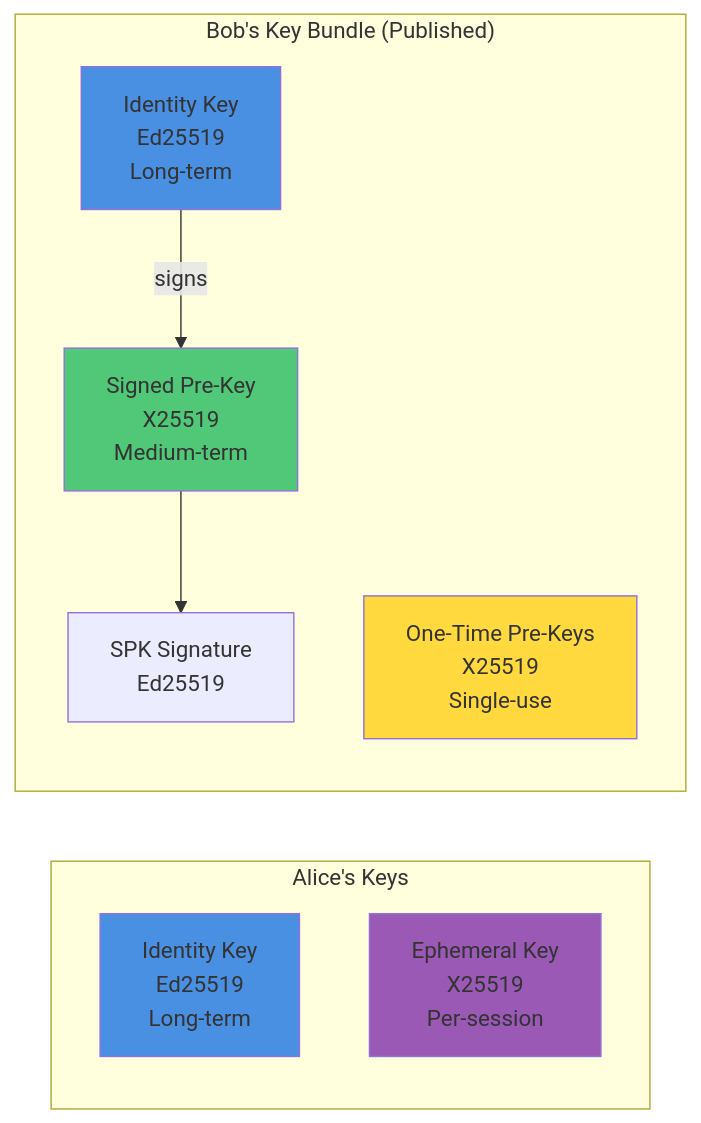
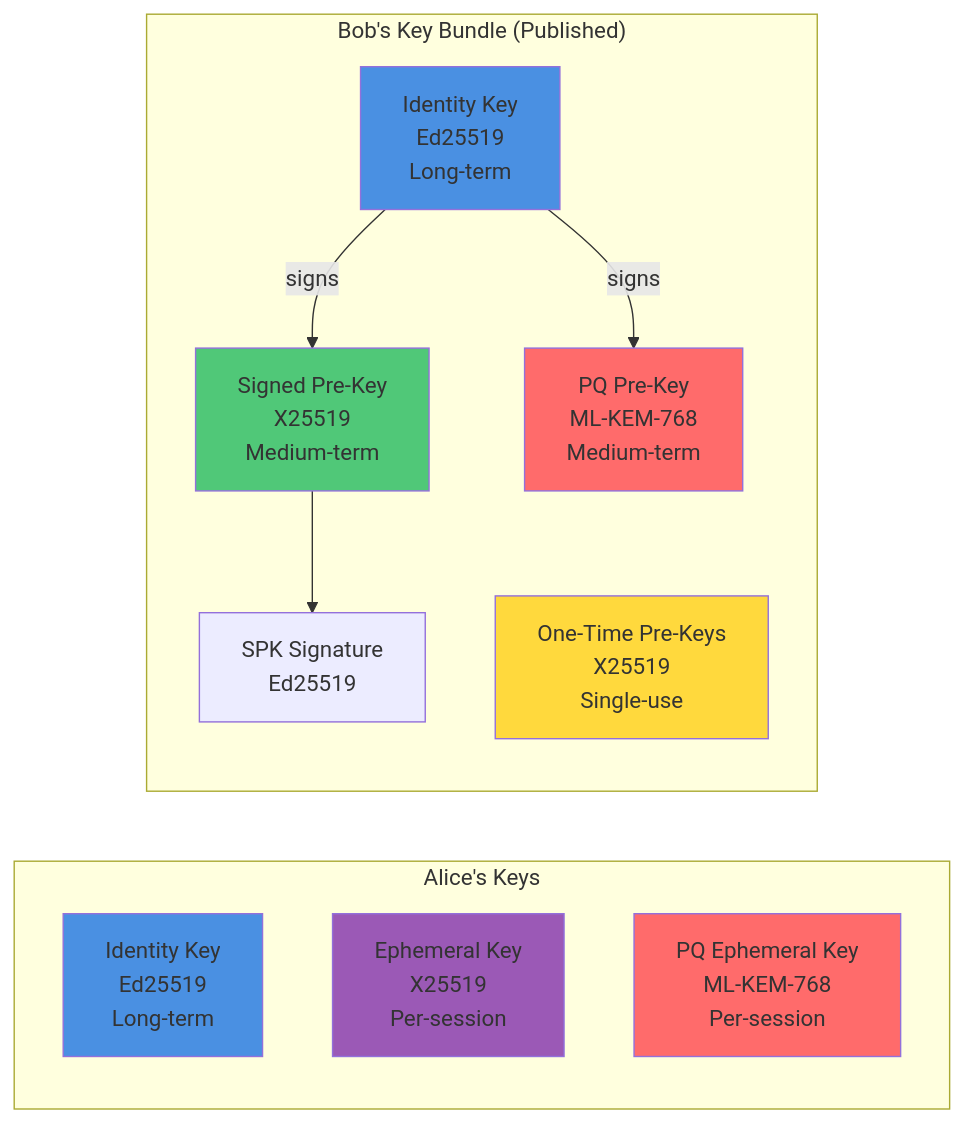
Before and after one commit to guardyn/guardyn: the second of 23 diagrams in docs/ENCRYPTION_ARCHITECTURE.md, drawn with Mermaid. The commit also changed other lines of this file and 18 other files, not shown here.

````diff
--- a/docs/ENCRYPTION_ARCHITECTURE.md
+++ b/docs/ENCRYPTION_ARCHITECTURE.md
@@ -90,25 +105,28 @@
 ```mermaid
 graph LR
     subgraph "Alice's Keys"
         A_IK[Identity Key<br/>Ed25519<br/>Long-term]
         A_EK[Ephemeral Key<br/>X25519<br/>Per-session]
+        A_PQEK[PQ Ephemeral Key<br/>ML-KEM-768<br/>Per-session]
     end
 
     subgraph "Bob's Key Bundle (Published)"
         B_IK[Identity Key<br/>Ed25519<br/>Long-term]
         B_SPK[Signed Pre-Key<br/>X25519<br/>Medium-term]
         B_SPK_Sig[SPK Signature<br/>Ed25519]
         B_OPK[One-Time Pre-Keys<br/>X25519<br/>Single-use]
+        B_PQPK[PQ Pre-Key<br/>ML-KEM-768<br/>Medium-term]
     end
 
-    %% Note: Ephemeral Key (A_EK) is NOT signed - it's generated per-session
-    %% Only Bob's Signed Pre-Key is signed by his Identity Key
     B_IK -->|signs| B_SPK
     B_SPK --> B_SPK_Sig
+    B_IK -->|signs| B_PQPK
 
     style A_IK fill:#4A90E2
     style B_IK fill:#4A90E2
     style A_EK fill:#9B59B6
+    style A_PQEK fill:#FF6B6B
     style B_SPK fill:#50C878
     style B_OPK fill:#FFD93D
+    style B_PQPK fill:#FF6B6B
 ```
````
